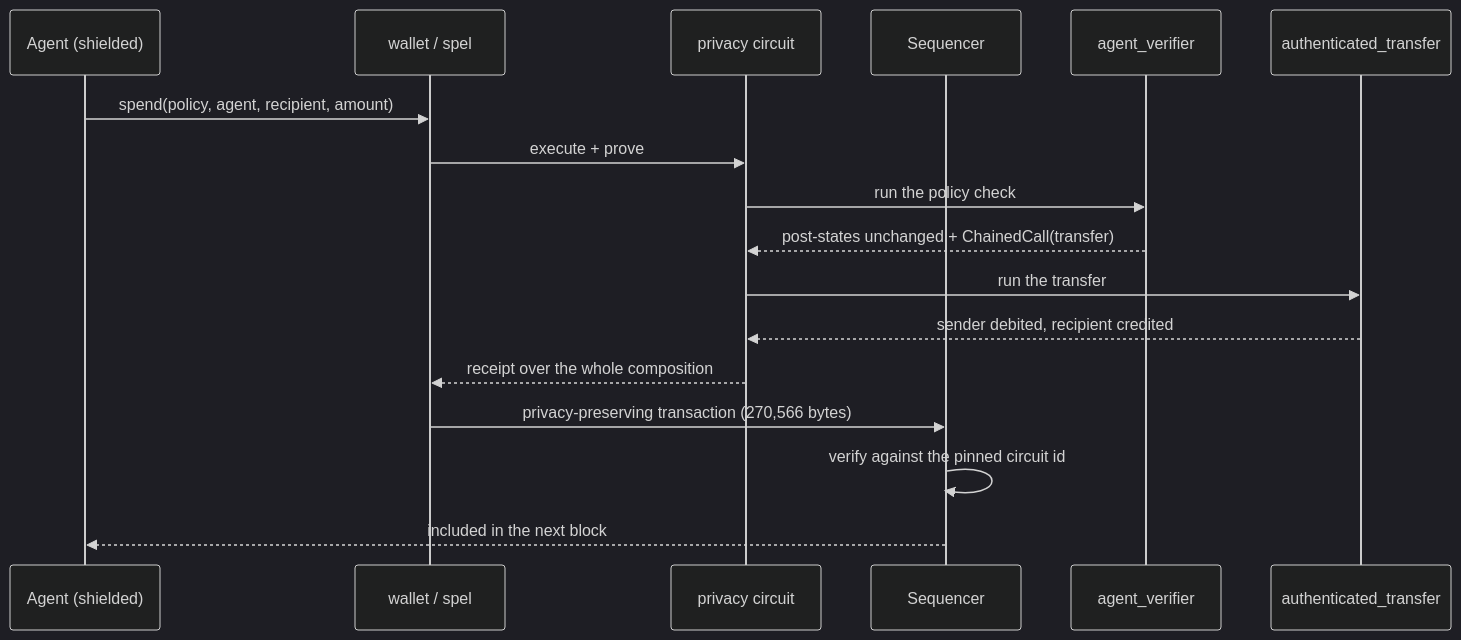
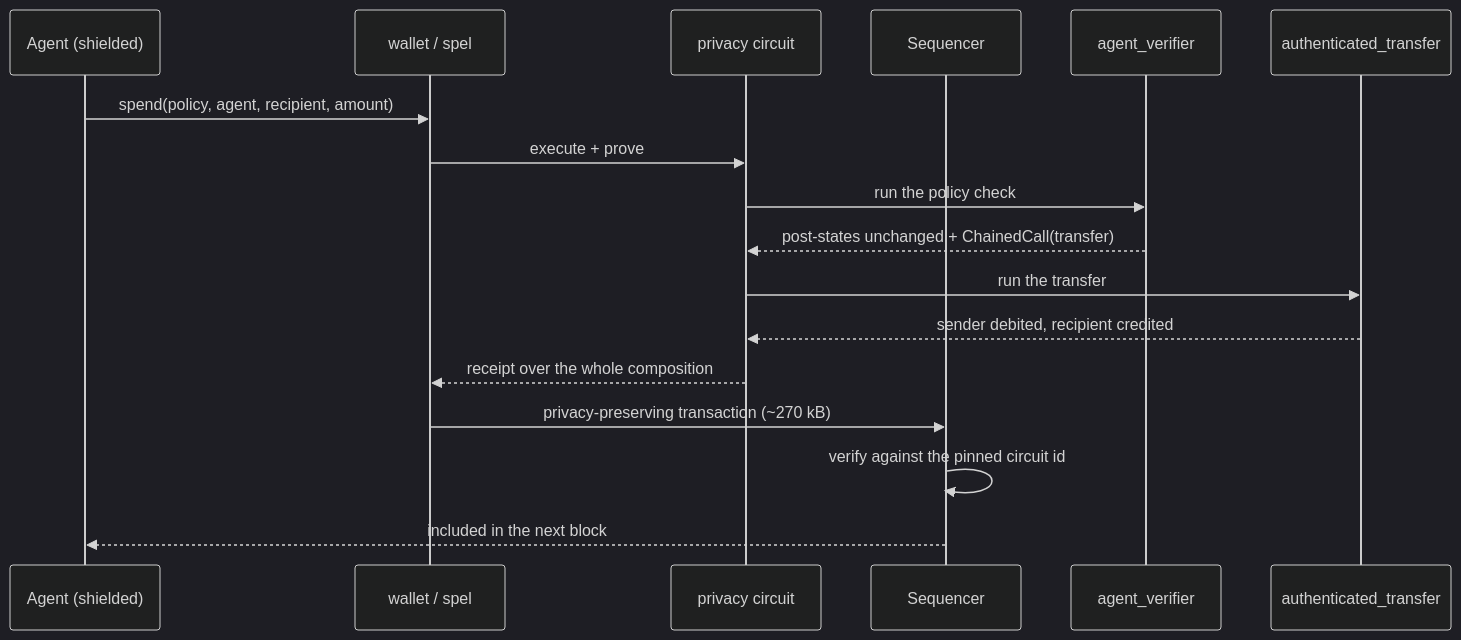
One commit to edenbd1/lp-0008-autonomous-agent-module changed the second of 5 diagrams in docs/architecture.md. Above: the diagram before and after it, drawn with Mermaid (dark theme). The commit also changed other lines of this file and 4 other files, not shown here.

````diff
--- a/docs/architecture.md
+++ b/docs/architecture.md
@@ -105,20 +110,20 @@
 ```mermaid
 sequenceDiagram
     participant A as Agent (shielded)
     participant W as wallet / spel
     participant C as privacy circuit
     participant S as Sequencer
     participant AV as agent_verifier
     participant AT as authenticated_transfer
 
     A->>W: spend(policy, agent, recipient, amount)
     W->>C: execute + prove
     C->>AV: run the policy check
     AV-->>C: post-states unchanged + ChainedCall(transfer)
     C->>AT: run the transfer
     AT-->>C: sender debited, recipient credited
     C-->>W: receipt over the whole composition
-    W->>S: privacy-preserving transaction (270,566 bytes)
+    W->>S: privacy-preserving transaction (~270 kB)
     S->>S: verify against the pinned circuit id
     S-->>A: included in the next block
 ```
````
